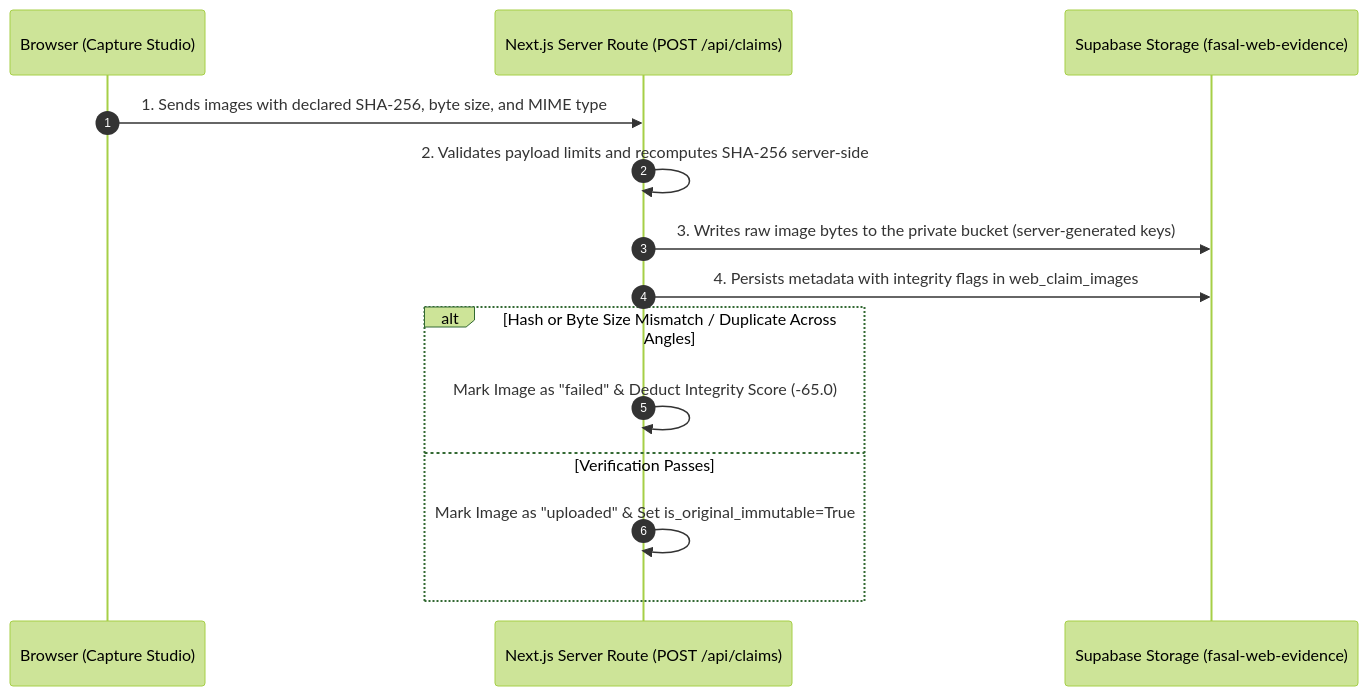
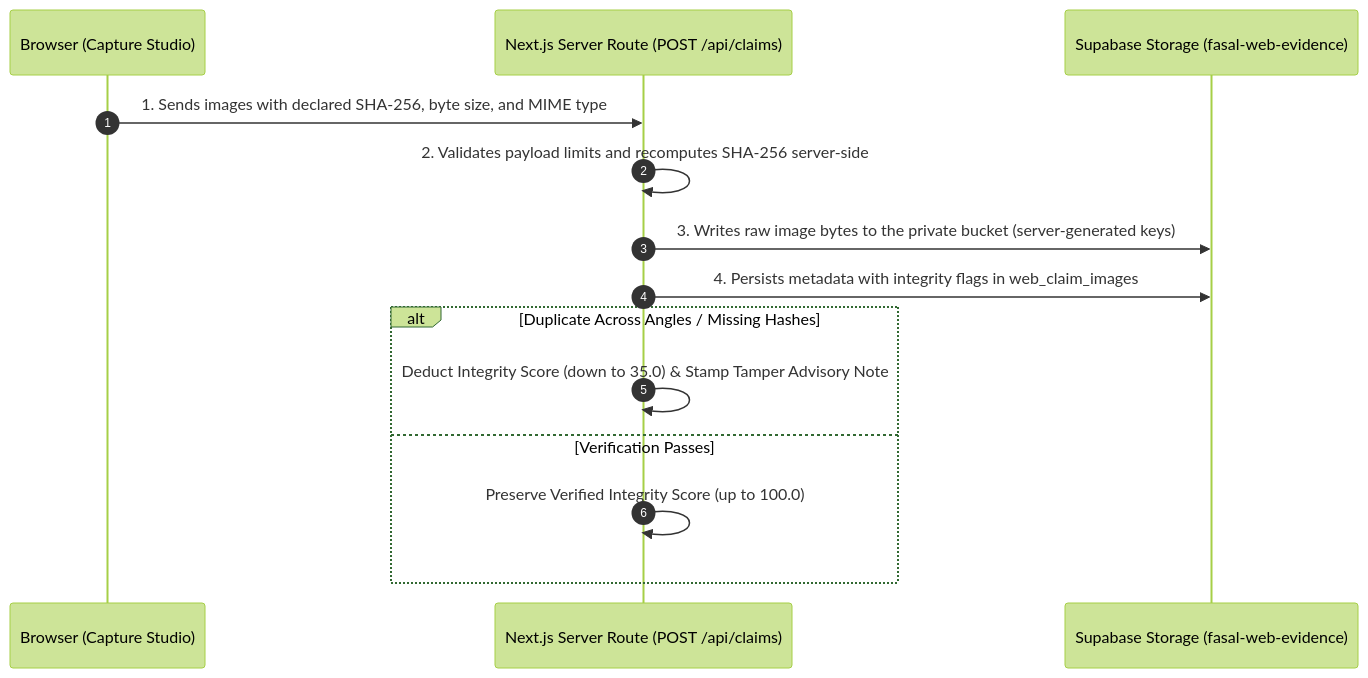
Before and after one commit to dhrrishitvdeka/Fasal-Pramaan: the second of 2 diagrams in docs/security.md, drawn with Mermaid (forest theme). The commit also changed other lines of this file and 13 other files, not shown here.

Commit message:
fix(integrity): ground vision gate cache, tighten fire fallback, and enforce inter-angle duplicate detection

````diff
--- a/docs/security.md
+++ b/docs/security.md
@@ -55,17 +55,17 @@
 ```mermaid
 sequenceDiagram
   autonumber
   participant Client as Browser (Capture Studio)
   participant API as Next.js Server Route (POST /api/claims)
   participant Store as Supabase Storage (fasal-web-evidence)
 
   Client->>API: 1. Sends images with declared SHA-256, byte size, and MIME type
   API->>API: 2. Validates payload limits and recomputes SHA-256 server-side
   API->>Store: 3. Writes raw image bytes to the private bucket (server-generated keys)
   API->>Store: 4. Persists metadata with integrity flags in web_claim_images
-  alt Hash or Byte Size Mismatch / Duplicate Across Angles
-    API->>API: Mark Image as "failed" & Deduct Integrity Score (-65.0)
+  alt Duplicate Across Angles / Missing Hashes
+    API->>API: Deduct Integrity Score (down to 35.0) & Stamp Tamper Advisory Note
   else Verification Passes
-    API->>API: Mark Image as "uploaded" & Set is_original_immutable=True
+    API->>API: Preserve Verified Integrity Score (up to 100.0)
   end
 ```
````
